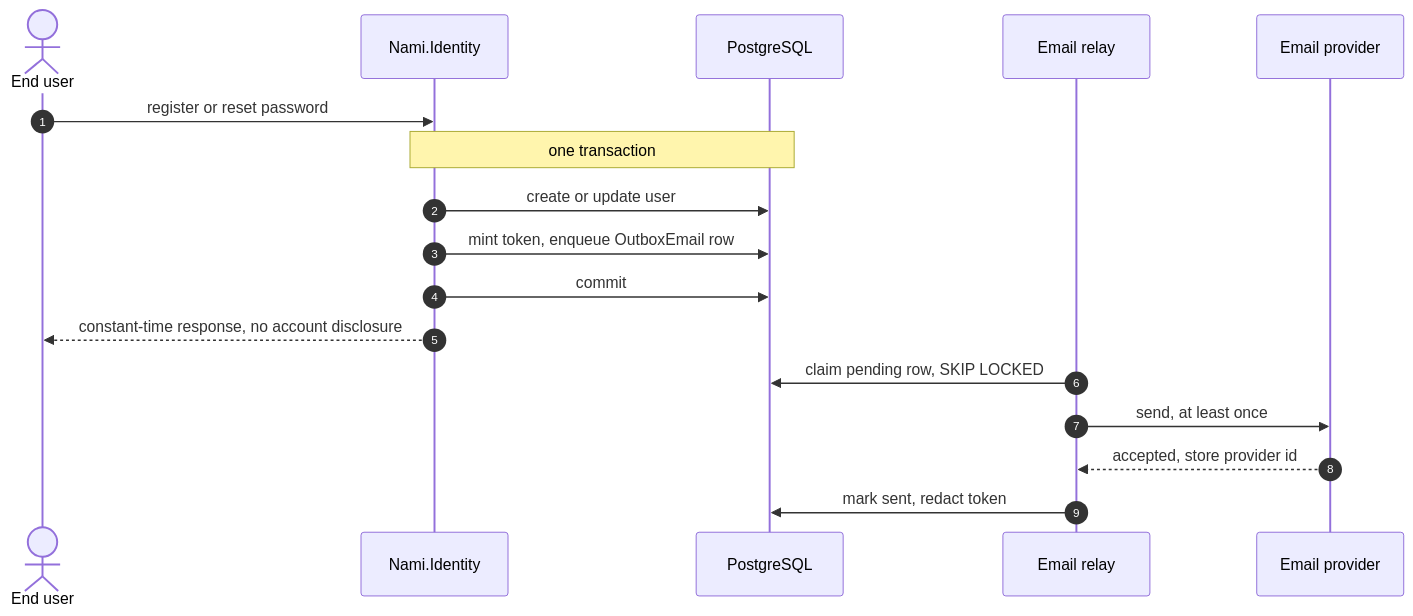
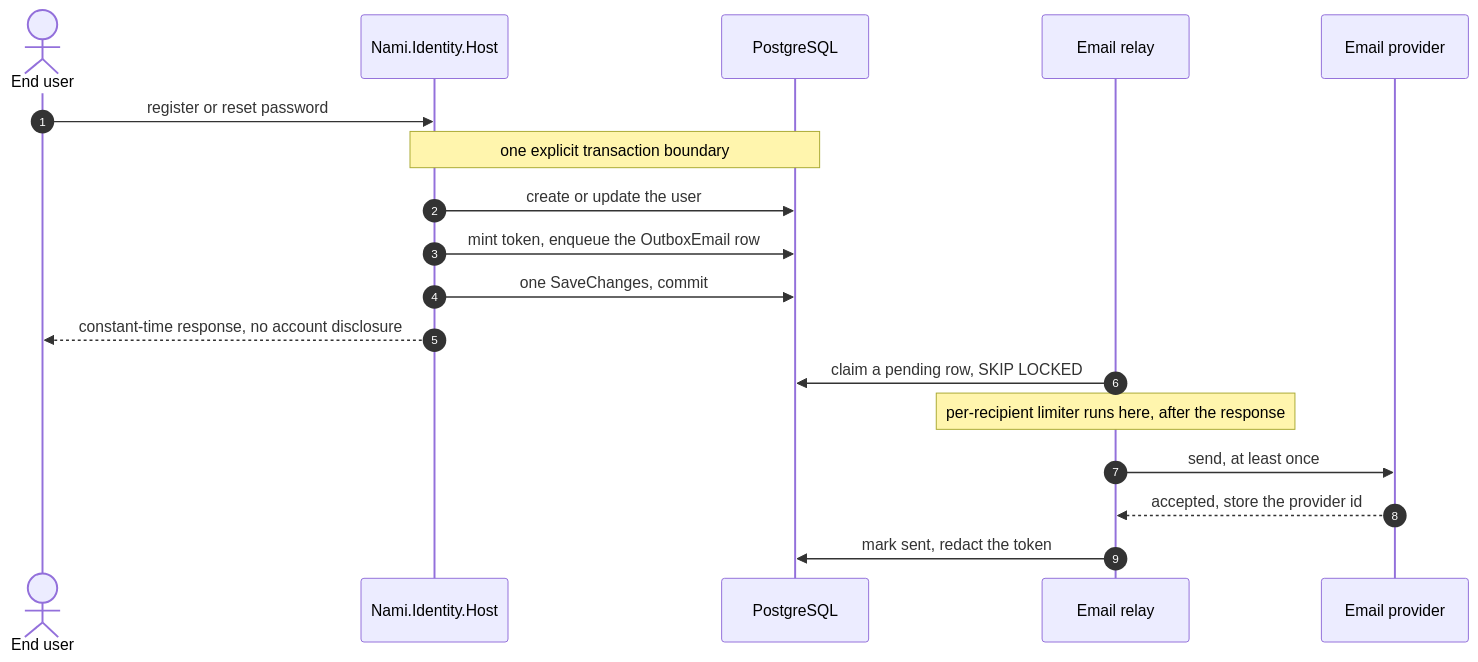
One commit to namphuongtran/nami changed the eighth of 16 diagrams in docs/architecture/06-runtime-views.md. Above: the diagram before and after it, drawn with Mermaid. The commit also changed other lines of this file and 2 other files, not shown here.

````diff
--- a/docs/architecture/06-runtime-views.md
+++ b/docs/architecture/06-runtime-views.md
@@ -181,19 +349,20 @@
 ```mermaid
 sequenceDiagram
   autonumber
   actor U as End user
-  participant IDP as Nami.Identity
+  participant IDP as Nami.Identity.Host
   participant DB as PostgreSQL
   participant Relay as Email relay
   participant P as Email provider
   U->>IDP: register or reset password
-  Note over IDP,DB: one transaction
-  IDP->>DB: create or update user
-  IDP->>DB: mint token, enqueue OutboxEmail row
-  IDP->>DB: commit
+  Note over IDP,DB: one explicit transaction boundary
+  IDP->>DB: create or update the user
+  IDP->>DB: mint token, enqueue the OutboxEmail row
+  IDP->>DB: one SaveChanges, commit
   IDP-->>U: constant-time response, no account disclosure
-  Relay->>DB: claim pending row, SKIP LOCKED
+  Relay->>DB: claim a pending row, SKIP LOCKED
+  Note over Relay: per-recipient limiter runs here, after the response
   Relay->>P: send, at least once
-  P-->>Relay: accepted, store provider id
-  Relay->>DB: mark sent, redact token
+  P-->>Relay: accepted, store the provider id
+  Relay->>DB: mark sent, redact the token
 ```
````
